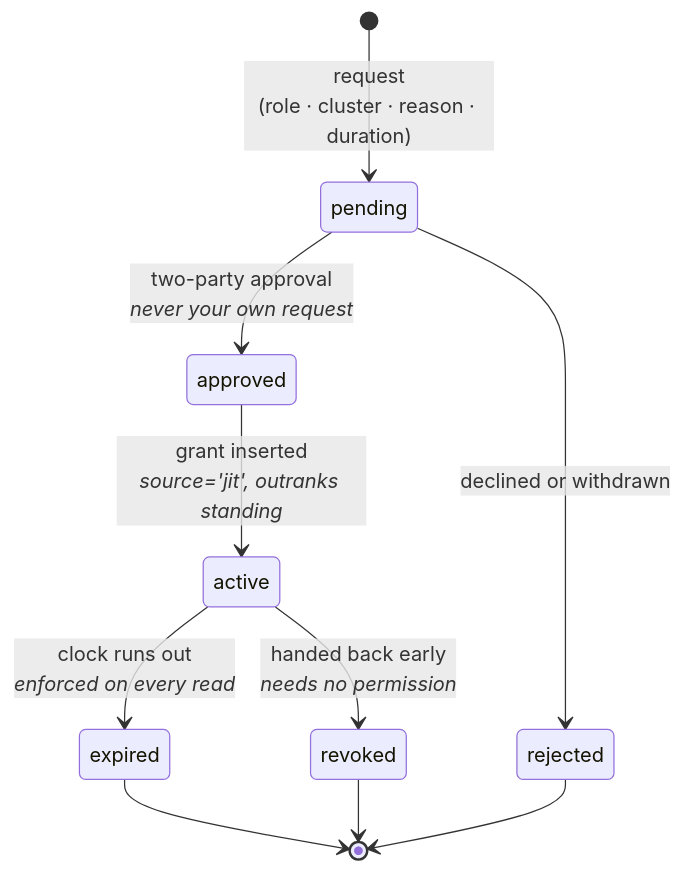
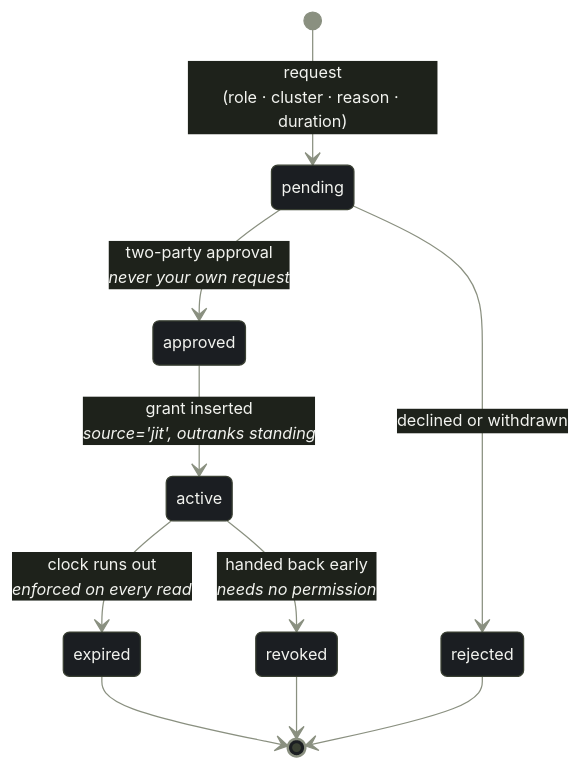
The fourth of 6 diagrams in README.md (kubemg/kubemg), drawn with Mermaid before and after one commit. The commit also changed other lines of this file and 2 other files, not shown here.

First line of the commit message:
docs(readme): put the README on the brand system, and lead with the trade (#69)

````diff
--- a/README.md
+++ b/README.md
@@ -251,12 +305,18 @@
 ```mermaid
+%%{init: {'theme':'base','themeVariables':{
+  'fontFamily':'-apple-system, BlinkMacSystemFont, Segoe UI, Helvetica, Arial, sans-serif','fontSize':'13px',
+  'primaryColor':'#1B1E22','primaryTextColor':'#F2F3EF','primaryBorderColor':'#3A4033',
+  'lineColor':'#8A9080','textColor':'#F2F3EF',
+  'clusterBkg':'#14161A','clusterBorder':'#3A4033'
+}}}%%
 stateDiagram-v2
     [*] --> pending: request<br/>(role · cluster · reason · duration)
     pending --> approved: two-party approval<br/><i>never your own request</i>
     pending --> rejected: declined or withdrawn
     approved --> active: grant inserted<br/><i>source='jit', outranks standing</i>
     active --> expired: clock runs out<br/><i>enforced on every read</i>
     active --> revoked: handed back early<br/><i>needs no permission</i>
     expired --> [*]
     rejected --> [*]
     revoked --> [*]
 ```
````
